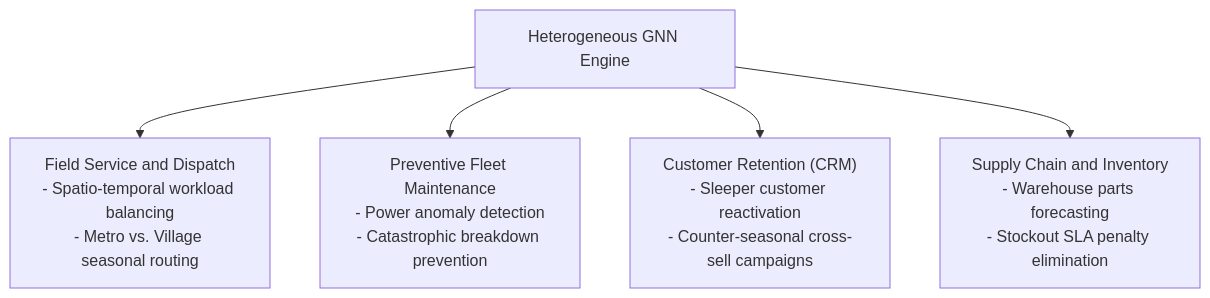
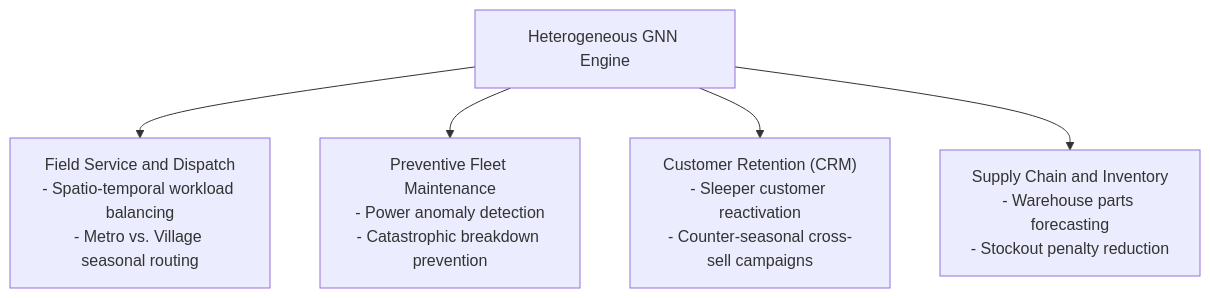
One commit to AnimeshBasak-14/SmartHVAC changed the third of 4 diagrams in docs/GML_FOUNDATIONS_WHAT_WHY_HOW_WHERE.md. Above: the diagram before and after it, drawn with Mermaid. The commit also changed other lines of this file and 14 other files, not shown here.

````diff
--- a/docs/GML_FOUNDATIONS_WHAT_WHY_HOW_WHERE.md
+++ b/docs/GML_FOUNDATIONS_WHAT_WHY_HOW_WHERE.md
@@ -121,9 +121,9 @@
 ```mermaid
 flowchart TD
     GML["Heterogeneous GNN Engine"]
 
     GML --> FieldOps["Field Service and Dispatch<br>- Spatio-temporal workload balancing<br>- Metro vs. Village seasonal routing"]
     GML --> Fleet["Preventive Fleet Maintenance<br>- Power anomaly detection<br>- Catastrophic breakdown prevention"]
     GML --> Marketing["Customer Retention (CRM)<br>- Sleeper customer reactivation<br>- Counter-seasonal cross-sell campaigns"]
-    GML --> SCM["Supply Chain and Inventory<br>- Warehouse parts forecasting<br>- Stockout SLA penalty elimination"]
+    GML --> SCM["Supply Chain and Inventory<br>- Warehouse parts forecasting<br>- Stockout penalty reduction"]
 ```
````
